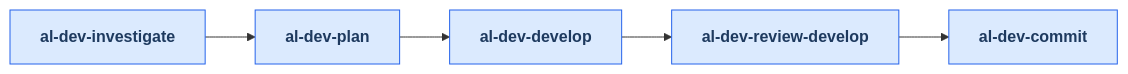
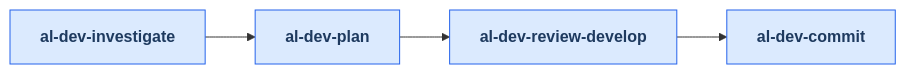
The second of 4 diagrams in docs/al-dev-plugin-graph.md (russell-laing/al-dev-shared), drawn with Mermaid before and after one commit. The commit also changed other lines of this file and 53 other files, not shown here.

Commit message:
refactor(skill): rename al-dev-develop to al-dev-develop-orchestrate, keep artifact prefix stable (#875)

````diff
--- a/docs/al-dev-plugin-graph.md
+++ b/docs/al-dev-plugin-graph.md
@@ -439,20 +439,17 @@
 ```mermaid
 flowchart LR
     classDef skillNode fill:#dbeafe,stroke:#2563eb,color:#1e3a5f,font-weight:bold
     skill_al_dev_investigate[al-dev-investigate]
     skill_al_dev_plan[al-dev-plan]
-    skill_al_dev_develop[al-dev-develop]
     skill_al_dev_review_develop[al-dev-review-develop]
     skill_al_dev_commit[al-dev-commit]
 
     skill_al_dev_investigate --> skill_al_dev_plan
-    skill_al_dev_plan --> skill_al_dev_develop
-    skill_al_dev_develop --> skill_al_dev_review_develop
+    skill_al_dev_plan --> skill_al_dev_review_develop
     skill_al_dev_review_develop --> skill_al_dev_commit
 
     class skill_al_dev_investigate skillNode
     class skill_al_dev_plan skillNode
-    class skill_al_dev_develop skillNode
     class skill_al_dev_review_develop skillNode
     class skill_al_dev_commit skillNode
 ```
````
